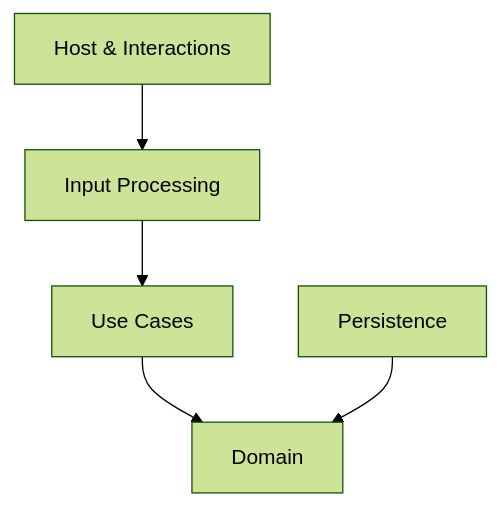
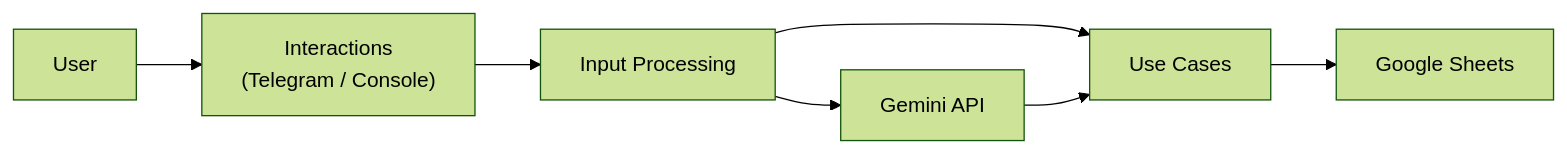
One commit to Linnod/MyFinanceTracker changed the diagram in README.MD. Above: the diagram before and after it, drawn with Mermaid (forest theme). The commit also changed other lines of this file and 1 other file, not shown here.

````diff
--- a/README.MD
+++ b/README.MD
@@ -20,13 +20,25 @@
 ```mermaid
-flowchart TD
-    Host["Host & Interactions"]
-    Input["Input Processing"]
+flowchart LR
+    User["User"]
+
+    Interactions["Interactions
+    (Telegram / Console)"]
+
+    Parser["Input Processing"]
+
+    Gemini["Gemini API"]
+
     UseCases["Use Cases"]
-    Domain["Domain"]
-    Persistence["Persistence"]
 
-    Host --> Input
-    Input --> UseCases
-    UseCases --> Domain
-    Persistence --> Domain
+    Sheets["Google Sheets"]
+
+    User --> Interactions
+    Interactions --> Parser
+
+    Parser --> Gemini
+    Parser --> UseCases
+
+    Gemini --> UseCases
+
+    UseCases --> Sheets
 ```
````
